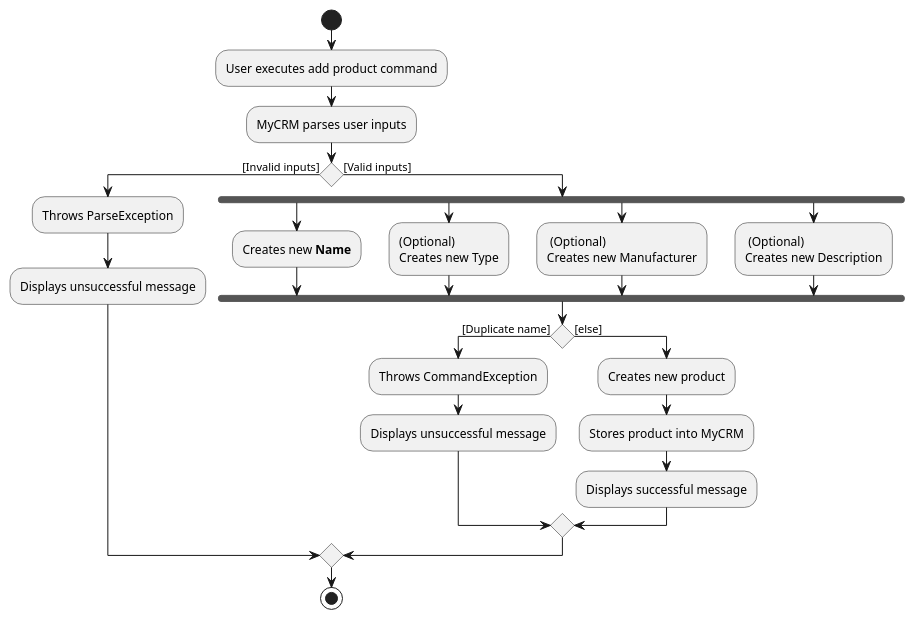
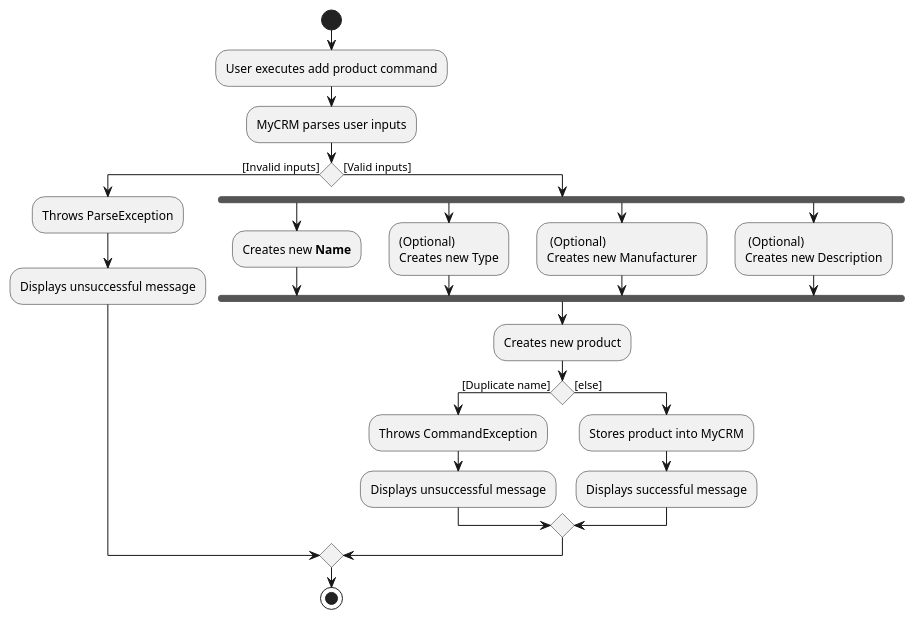
Before and after one commit to ooawagaeri/tp: the diagram in docs/diagrams/product/AddProductActivityDiagram.puml, drawn with PlantUML. The commit also changed 3 other files, not shown here.

Commit message:
Modify activity diagrams for products.

```diff
--- a/docs/diagrams/product/AddProductActivityDiagram.puml
+++ b/docs/diagrams/product/AddProductActivityDiagram.puml
@@ -1,32 +1,33 @@
 @startuml
 start
 :User executes add product command;
 :MyCRM parses user inputs;
 if () then ([Invalid inputs])
     :Throws ParseException;
     :Displays unsuccessful message;
 else ([Valid inputs])
     fork
     :Creates new **Name**;
     fork again
     :(Optional)
     Creates new Type;
     fork again
     : (Optional)
     Creates new Manufacturer;
     fork again
     : (Optional)
     Creates new Description;
     end fork
+:Creates new product;
 if () then ([Duplicate name])
     :Throws CommandException;
     :Displays unsuccessful message;
 else ([else])
-    :Creates new product;
+
     :Stores product into MyCRM;
     :Displays successful message;
 endif
 endif
 stop
 
 @enduml
```
